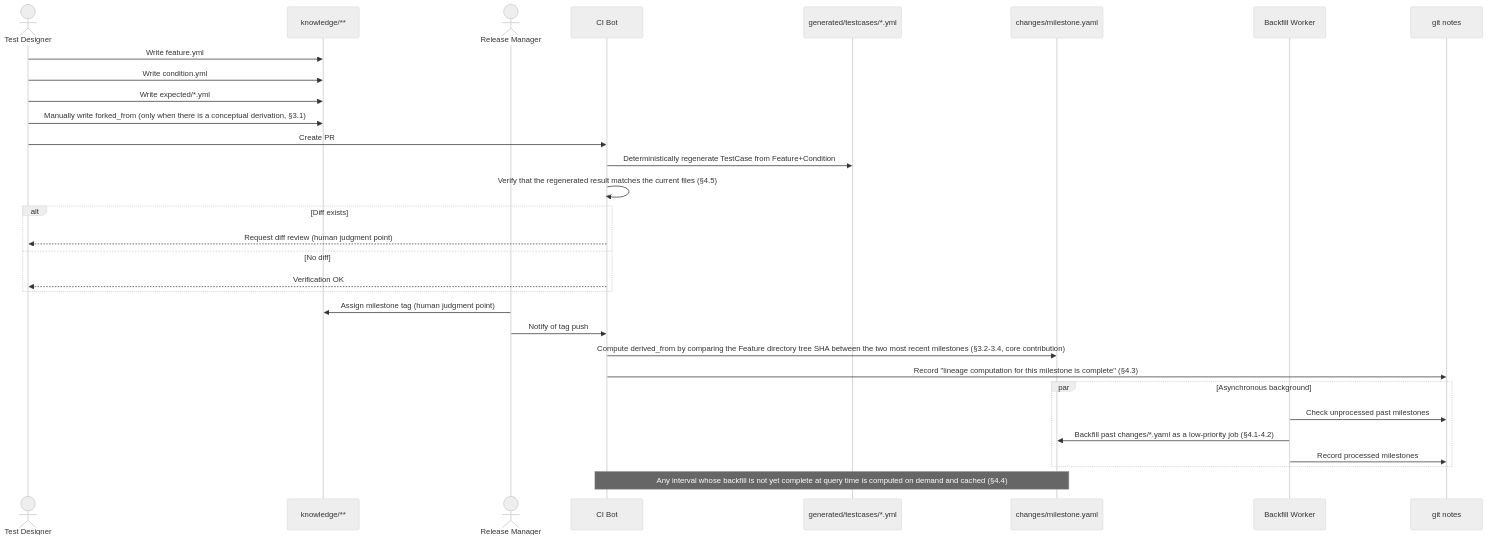
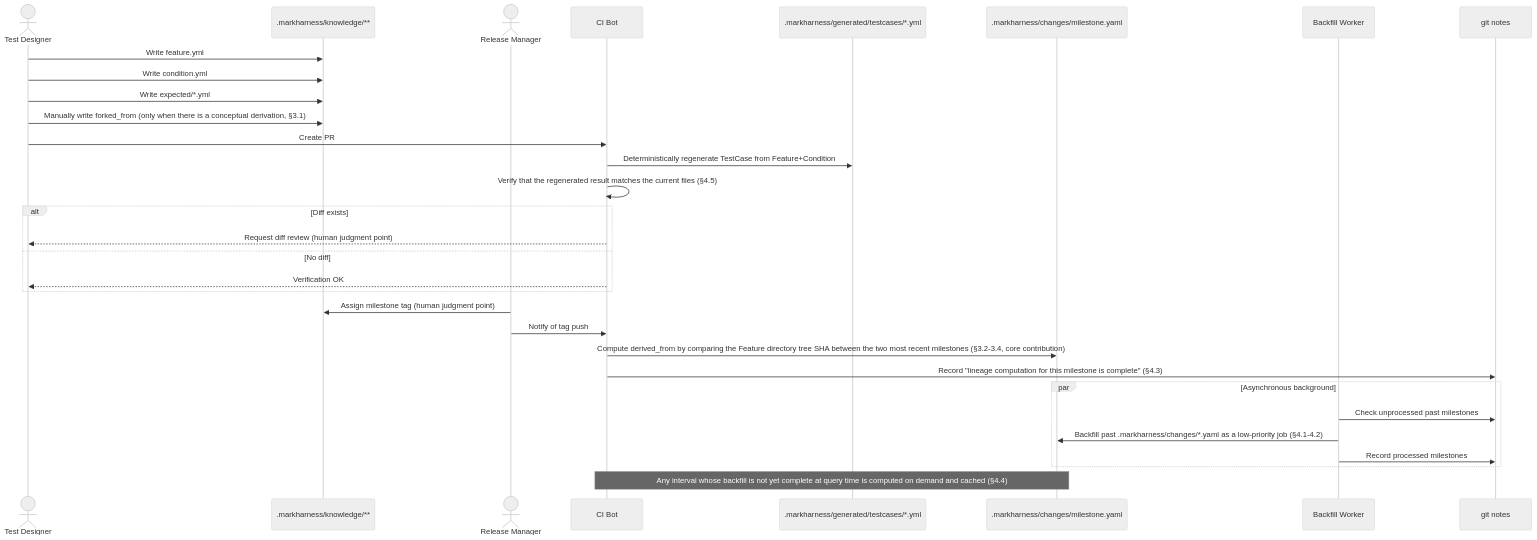
The first of 2 diagrams in docs/en/product-operation.md (markharness/markharness), drawn with Mermaid (neutral theme) before and after one commit. The commit also changed other lines of this file and 51 other files, not shown here.

````diff
--- a/docs/en/product-operation.md
+++ b/docs/en/product-operation.md
@@ -12,39 +12,39 @@
 ```mermaid
 sequenceDiagram
     actor TD as Test Designer
-    participant KN as knowledge/**
+    participant KN as .markharness/knowledge/**
     actor RM as Release Manager
     participant CI as CI Bot
-    participant GEN as generated/testcases/*.yml
-    participant CH as changes/milestone.yaml
+    participant GEN as .markharness/generated/testcases/*.yml
+    participant CH as .markharness/changes/milestone.yaml
     participant BF as Backfill Worker
     participant NOTES as git notes
 
     TD->>KN: Write feature.yml
     TD->>KN: Write condition.yml
     TD->>KN: Write expected/*.yml
     TD->>KN: Manually write forked_from (only when there is a conceptual derivation, §3.1)
     TD->>CI: Create PR
 
     CI->>GEN: Deterministically regenerate TestCase from Feature+Condition
     CI->>CI: Verify that the regenerated result matches the current files (§4.5)
     alt Diff exists
         CI-->>TD: Request diff review (human judgment point)
     else No diff
         CI-->>TD: Verification OK
     end
 
     RM->>KN: Assign milestone tag (human judgment point)
     RM->>CI: Notify of tag push
 
     CI->>CH: Compute derived_from by comparing the Feature directory tree SHA between the two most recent milestones (§3.2-3.4, core contribution)
     CI->>NOTES: Record "lineage computation for this milestone is complete" (§4.3)
 
     par Asynchronous background
         BF->>NOTES: Check unprocessed past milestones
-        BF->>CH: Backfill past changes/*.yaml as a low-priority job (§4.1-4.2)
+        BF->>CH: Backfill past .markharness/changes/*.yaml as a low-priority job (§4.1-4.2)
         BF->>NOTES: Record processed milestones
     end
 
     Note over CI,CH: Any interval whose backfill is not yet complete at query time is computed on demand and cached (§4.4)
 ```
````
